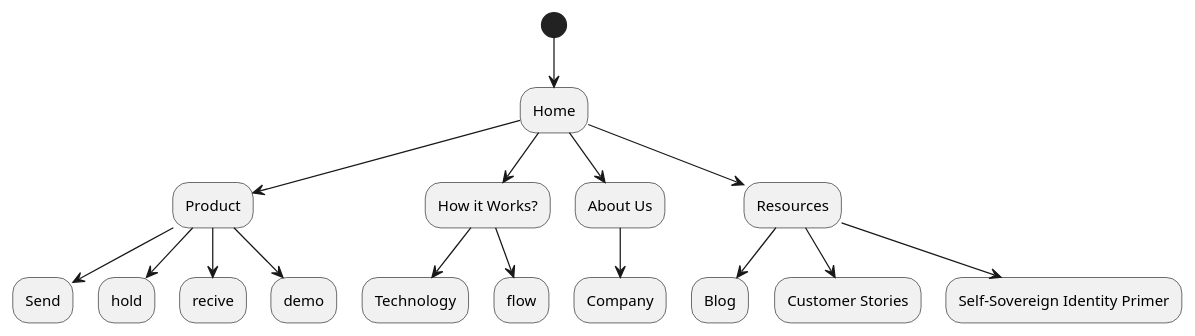
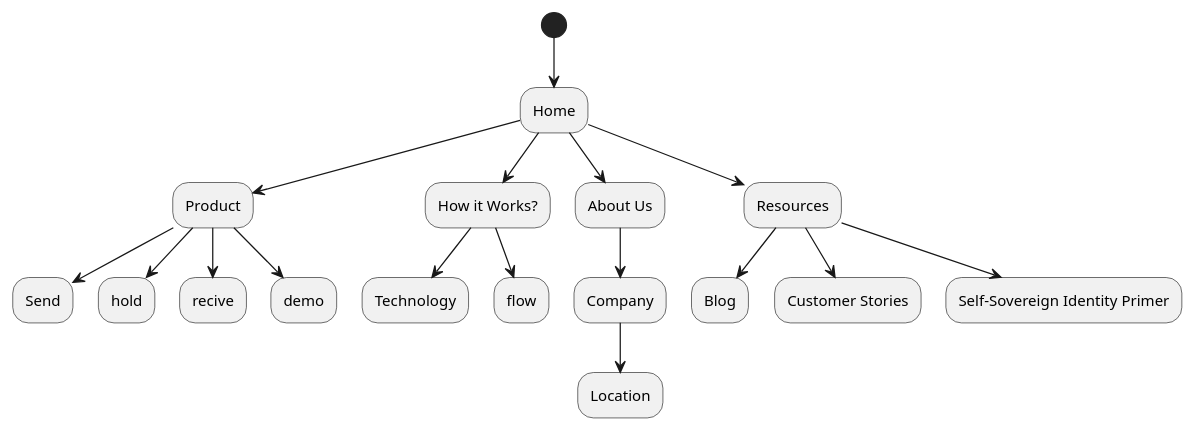
One commit to hoola-inc/Website changed the diagram in sitemap.plantuml. Above: the diagram before and after it, drawn with PlantUML. The commit also changed 1 other file, not shown here.

Commit message:
Added Location to test

```diff
--- a/sitemap.plantuml
+++ b/sitemap.plantuml
@@ -1,21 +1,21 @@
 @startuml
 (*) --> "Home" as home
 home --> "Product" as product
 home --> "How it Works?" as how
 home --> "About Us" as about
 home --> "Resources" as resources
 
 product --> "Send" as send
 product --> "hold" as hold
 product --> "recive" as recive
 product --> "demo" as demo 
 
 resources --> "Blog" as blog
 resources --> "Customer Stories"
 resources --> "Self-Sovereign Identity Primer"
-about --> "Company"
-
+about --> "Company" as company
+company --> "Location"
 
 how --> "Technology" as tech
 how --> "flow" as flow
 @enduml
```
